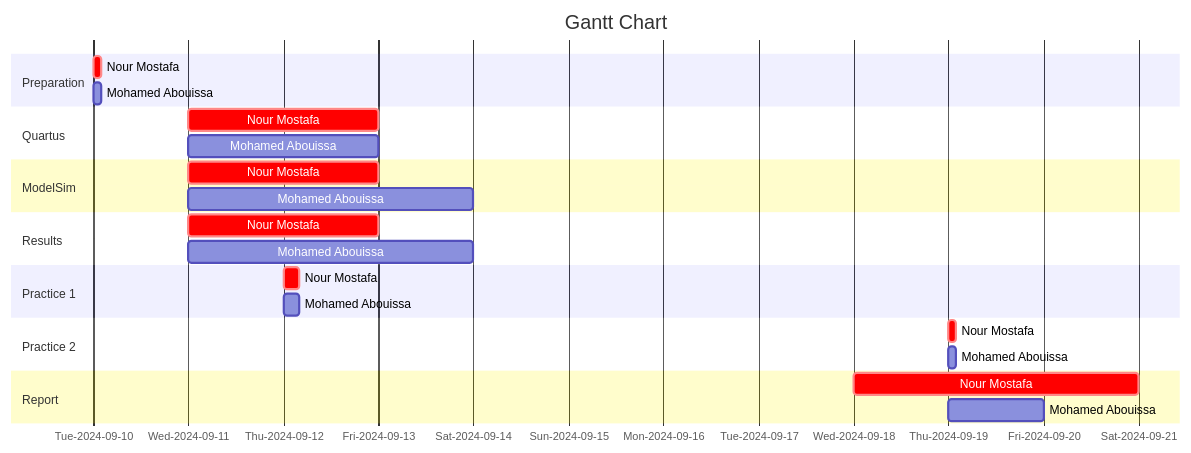
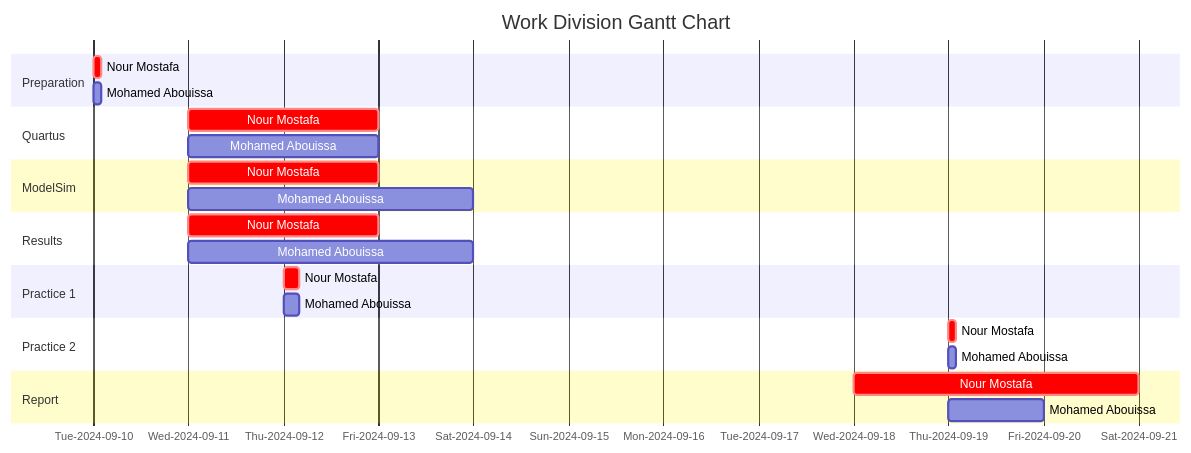
Before and after one commit to MONO-1223/AURAK-CENG336-ComputerArchitectureLab: the diagram in Lab 01 - Switches, Lights, and Multiplexers/README.md, drawn with Mermaid. The commit also changed other lines of this file, not shown here.

````diff
--- a/Lab 01 - Switches, Lights, and Multiplexers/README.md
+++ b/Lab 01 - Switches, Lights, and Multiplexers/README.md
@@ -248,28 +686,28 @@
 ```mermaid
 gantt
-    title Gantt Chart
+    title Work Division Gantt Chart
     tickInterval 1day
     todayMarker off
     axisFormat %a-%Y-%m-%d
     section Preparation         
         Nour Mostafa : crit, 2024-09-10, 2h
         Mohamed Abouissa : 2024-09-10, 2h
     section Quartus         
         Nour Mostafa : crit, href "mailto:nour.mohamed@aurak.ac.ae", 2024-09-11, 2d
         Mohamed Abouissa : href "mailto:mohamed.abouissa@aurak.ac.ae", 2024-09-11, 2d
     section ModelSim       
         Nour Mostafa : crit,2024-09-11, 2d
         Mohamed Abouissa : 2024-09-11, 3d
     section Results       
         Nour Mostafa : crit,2024-09-11, 2d
         Mohamed Abouissa : 2024-09-11, 3d
     section Practice 1         
         Nour Mostafa : crit,2024-09-12, 4h
         Mohamed Abouissa : 2024-09-12, 4h
     section Practice 2         
         Nour Mostafa : crit, 2024-09-19, 2h
         Mohamed Abouissa : 2024-09-19, 2h
     section Report
         Nour Mostafa : crit,2024-09-18, 3d
         Mohamed Abouissa : 2024-09-19, 1d
 ```
````
